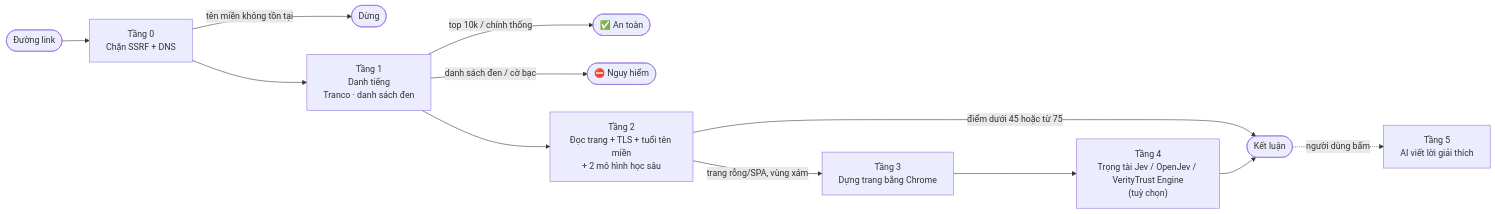
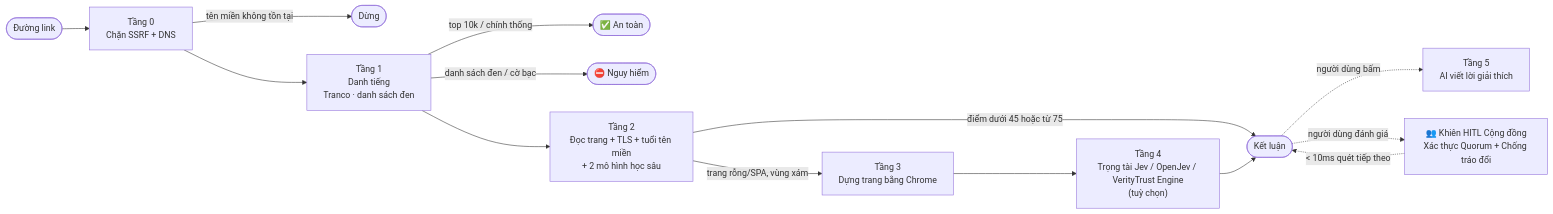
The diagram in README.md (Zzeronite1/VerityTrust-XAI-Website), drawn with Mermaid before and after one commit. The commit also changed other lines of this file and 2 other files, not shown here.

Commit message:
docs: update README with HITL engine and add 6-tier feature showcase to frontend intro

````diff
--- a/README.md
+++ b/README.md
@@ -66,14 +95,16 @@
 ```mermaid
 flowchart LR
     A([Đường link]) --> T0["Tầng 0<br/>Chặn SSRF + DNS"]
     T0 -->|tên miền không tồn tại| X0([Dừng])
     T0 --> T1["Tầng 1<br/>Danh tiếng<br/>Tranco · danh sách đen"]
     T1 -->|top 10k / chính thống| S([✅ An toàn])
     T1 -->|danh sách đen / cờ bạc| D([⛔ Nguy hiểm])
     T1 --> T2["Tầng 2<br/>Đọc trang + TLS + tuổi tên miền<br/>+ 2 mô hình học sâu"]
     T2 -->|điểm dưới 45 hoặc từ 75| R([Kết luận])
     T2 -->|trang rỗng/SPA, vùng xám| T3["Tầng 3<br/>Dựng trang bằng Chrome"]
     T3 --> T4["Tầng 4<br/>Trọng tài Jev / OpenJev / VerityTrust Engine<br/>(tuỳ chọn)"]
     T4 --> R
     R -.->|người dùng bấm| T5["Tầng 5<br/>AI viết lời giải thích"]
+    R -.->|người dùng đánh giá| HITL["👥 Khiên HITL Cộng đồng<br/>Xác thực Quorum + Chống tráo đổi"]
+    HITL -.->|< 10ms quét tiếp theo| R
 ```
````
